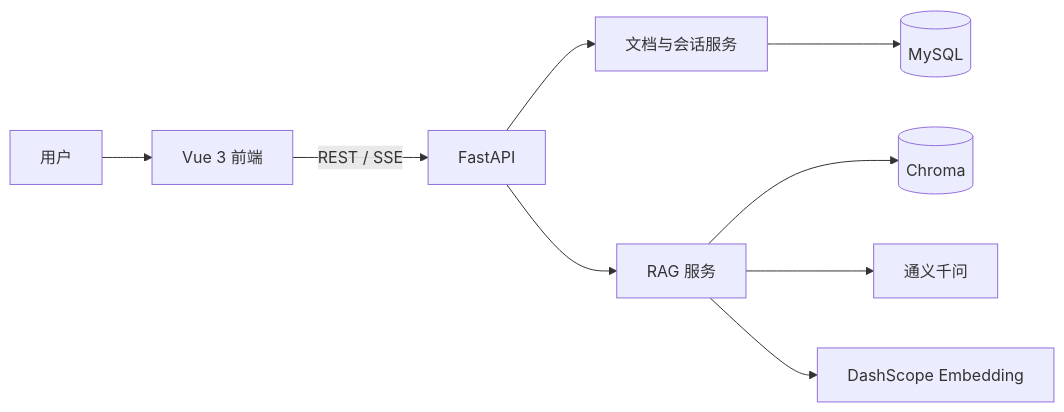
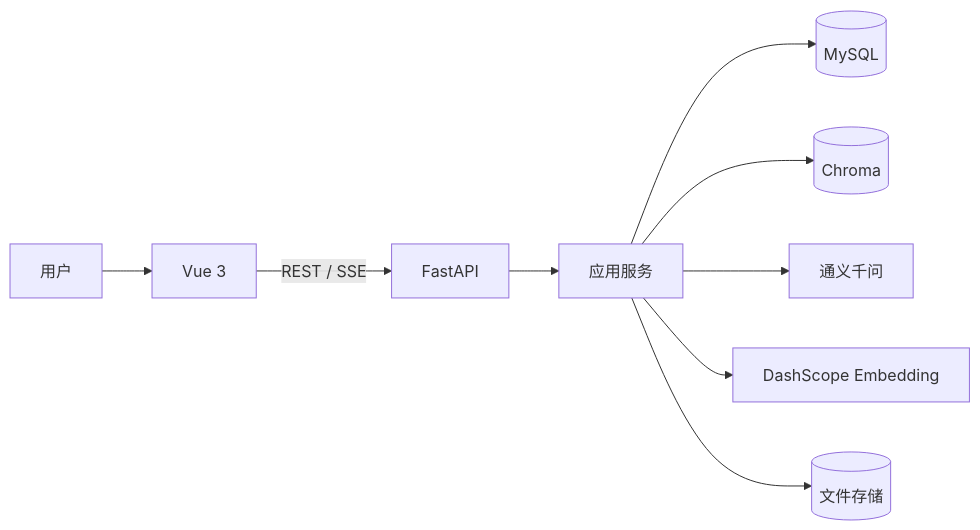
Before and after one commit to Master-Jxy/medical-rag-assistant: the diagram in README.md, drawn with Mermaid. The commit also changed other lines of this file and 122 other files, not shown here.

````diff
--- a/README.md
+++ b/README.md
@@ -20,11 +42,11 @@
 ```mermaid
 flowchart LR
-    U[用户] --> V[Vue 3 前端]
-    V -->|REST / SSE| F[FastAPI]
-    F --> D[文档与会话服务]
-    F --> R[RAG 服务]
-    D --> M[(MySQL)]
-    R --> C[(Chroma)]
-    R --> Q[通义千问]
-    R --> E[DashScope Embedding]
+    U["用户"] --> V["Vue 3"]
+    V -->|"REST / SSE"| F["FastAPI"]
+    F --> S["应用服务"]
+    S --> M[("MySQL")]
+    S --> C[("Chroma")]
+    S --> Q["通义千问"]
+    S --> E["DashScope Embedding"]
+    S --> D[("文件存储")]
 ```
````
